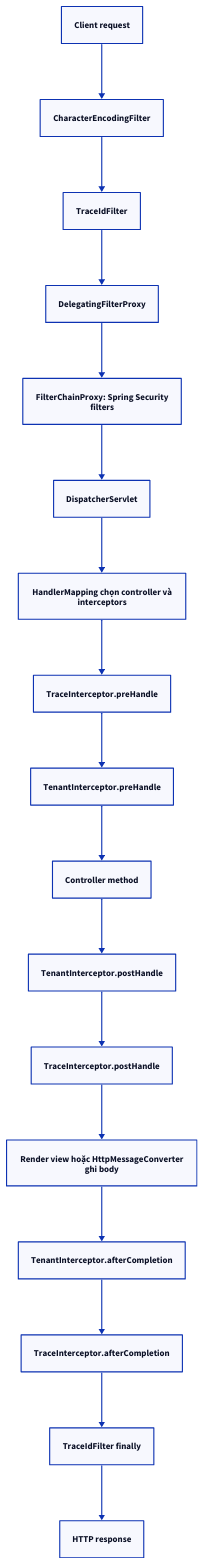
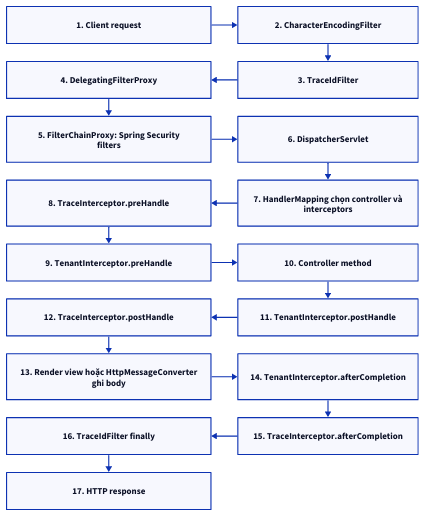
The third of 5 diagrams in content/docs/spring/filter-va-interceptor.md (vanhiep99w/java-learn), drawn with D2 before and after one commit. The commit also changed other lines of this file and 62 other files, not shown here.

Commit message:
feat(docs): upgrade docs-kit and optimize diagram layouts

````diff
--- a/content/docs/spring/filter-va-interceptor.md
+++ b/content/docs/spring/filter-va-interceptor.md
@@ -313,36 +313,39 @@
 ```d2 title="4. Luồng request end-to-end"
-direction: down
-n_A: "Client request"
-n_B: "CharacterEncodingFilter"
-n_C: "TraceIdFilter"
-n_D: "DelegatingFilterProxy"
-n_E: "FilterChainProxy: Spring Security\nfilters"
-n_F: "DispatcherServlet"
-n_G: "HandlerMapping chọn controller và\ninterceptors"
-n_H: "TraceInterceptor.preHandle"
-n_I: "TenantInterceptor.preHandle"
-n_J: "Controller method"
-n_K: "TenantInterceptor.postHandle"
-n_L: "TraceInterceptor.postHandle"
-n_M: "Render view hoặc HttpMessageConverter\nghi body"
-n_N: "TenantInterceptor.afterCompletion"
-n_O: "TraceInterceptor.afterCompletion"
-n_P: "TraceIdFilter finally"
-n_Q: "HTTP response"
+grid-rows: 9
+grid-columns: 2
+horizontal-gap: 48
+vertical-gap: 32
+n_A: "1. Client request"
+n_B: "2. CharacterEncodingFilter"
+n_D: "4. DelegatingFilterProxy"
+n_C: "3. TraceIdFilter"
+n_E: "5. FilterChainProxy: Spring Security\nfilters"
+n_F: "6. DispatcherServlet"
+n_H: "8. TraceInterceptor.preHandle"
+n_G: "7. HandlerMapping chọn controller và\ninterceptors"
+n_I: "9. TenantInterceptor.preHandle"
+n_J: "10. Controller method"
+n_L: "12. TraceInterceptor.postHandle"
+n_K: "11. TenantInterceptor.postHandle"
+n_M: "13. Render view hoặc HttpMessageConverter\nghi body"
+n_N: "14. TenantInterceptor.afterCompletion"
+n_P: "16. TraceIdFilter finally"
+n_O: "15. TraceInterceptor.afterCompletion"
+n_Q: "17. HTTP response"
 n_A -> n_B
 n_B -> n_C
 n_C -> n_D
 n_D -> n_E
 n_E -> n_F
 n_F -> n_G
 n_G -> n_H
 n_H -> n_I
 n_I -> n_J
 n_J -> n_K
 n_K -> n_L
 n_L -> n_M
 n_M -> n_N
 n_N -> n_O
 n_O -> n_P
 n_P -> n_Q
 ```
````
